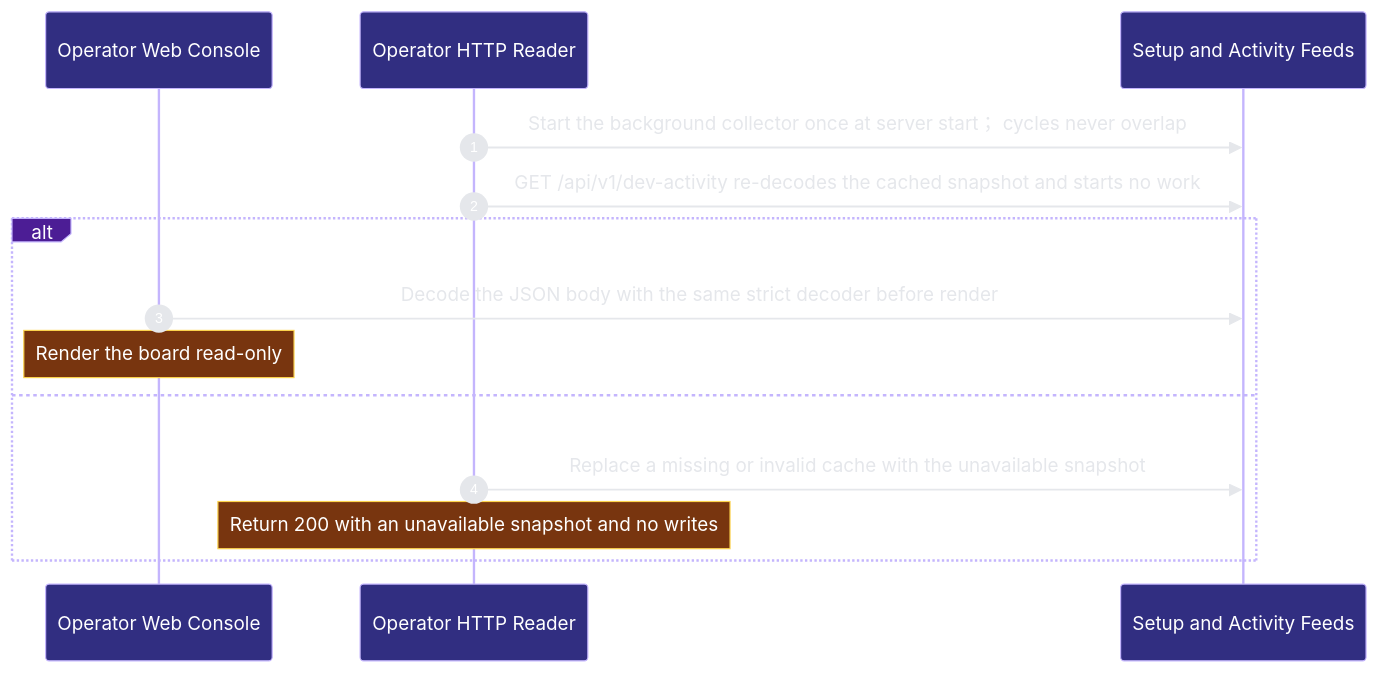
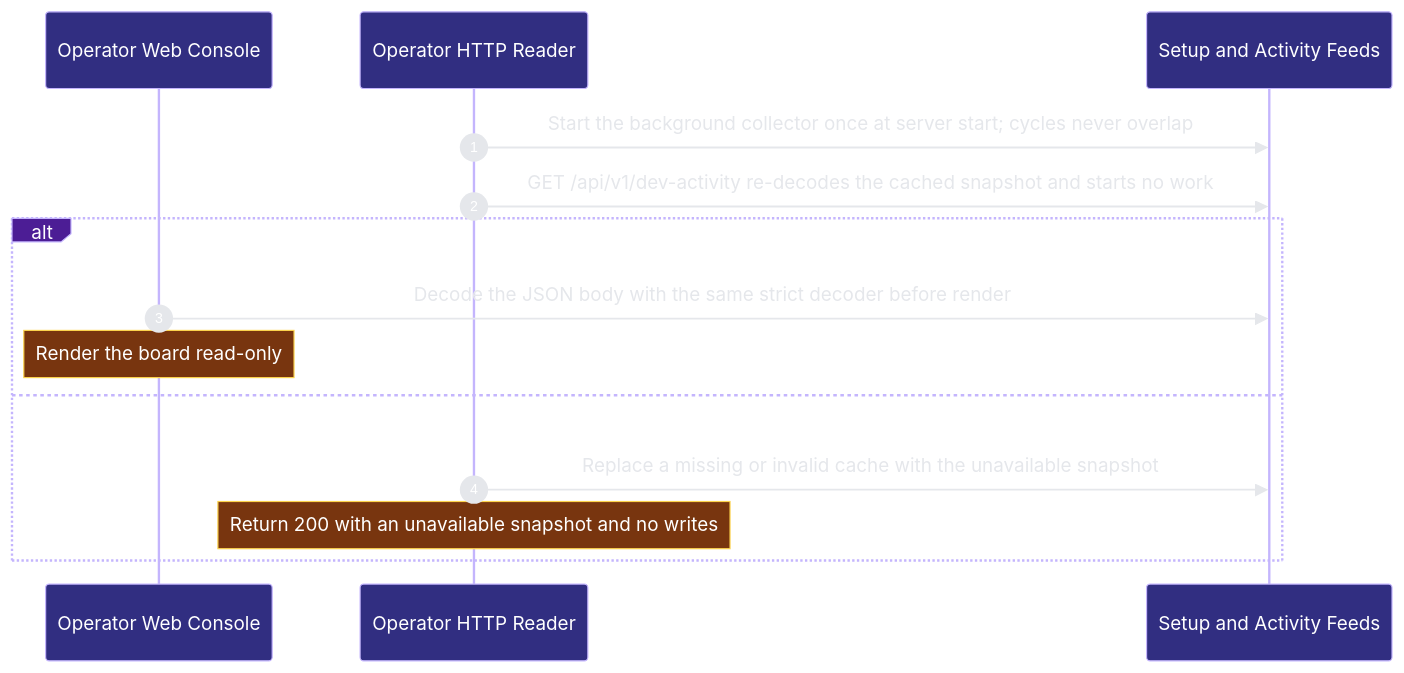
One commit to Ancienttwo/repo-harness changed the second of 3 diagrams in docs/architecture/modules/runtime-harness/operator.md. Above: the diagram before and after it, drawn with Mermaid. The commit also changed other lines of this file and 46 other files, not shown here.

First line of the commit message:
docs(architecture): re-project the architecture docs with archctx 0.7.1

````diff
--- a/docs/architecture/modules/runtime-harness/operator.md
+++ b/docs/architecture/modules/runtime-harness/operator.md
@@ -71,17 +123,17 @@
 ```mermaid
 %%{init: {"theme":"base","themeVariables":{"background":"#0d1117","actorBkg":"#312e81","actorBorder":"#c4b5fd","actorTextColor":"#ffffff","signalColor":"#e5e7eb","signalTextColor":"#e5e7eb","labelBoxBkgColor":"#4c1d95","labelBoxBorderColor":"#c4b5fd","labelTextColor":"#ffffff","noteBkgColor":"#78350f","noteBorderColor":"#fcd34d","noteTextColor":"#ffffff","sequenceNumberColor":"#ffffff"}}}%%
 sequenceDiagram
   autonumber
   participant p2_web_console_7ad4d9ac as Operator Web Console
   participant p2_http_reader_b98e0942 as Operator HTTP Reader
   participant p2_activity_feeds_9511dd1f as Setup and Activity Feeds
-  p2_http_reader_b98e0942->>p2_activity_feeds_9511dd1f: Start the background collector once at server start； cycles never overlap
+  p2_http_reader_b98e0942->>p2_activity_feeds_9511dd1f: Start the background collector once at server start#59; cycles never overlap
   p2_http_reader_b98e0942->>p2_activity_feeds_9511dd1f: GET /api/v1/dev-activity re-decodes the cached snapshot and starts no work
   alt Snapshot decodes in the browser
   p2_web_console_7ad4d9ac->>p2_activity_feeds_9511dd1f: Decode the JSON body with the same strict decoder before render
     Note over p2_web_console_7ad4d9ac: Render the board read-only
   else Cache is missing or invalid
   p2_http_reader_b98e0942->>p2_activity_feeds_9511dd1f: Replace a missing or invalid cache with the unavailable snapshot
     Note over p2_http_reader_b98e0942: Return 200 with an unavailable snapshot and no writes
   end
 ```
````
